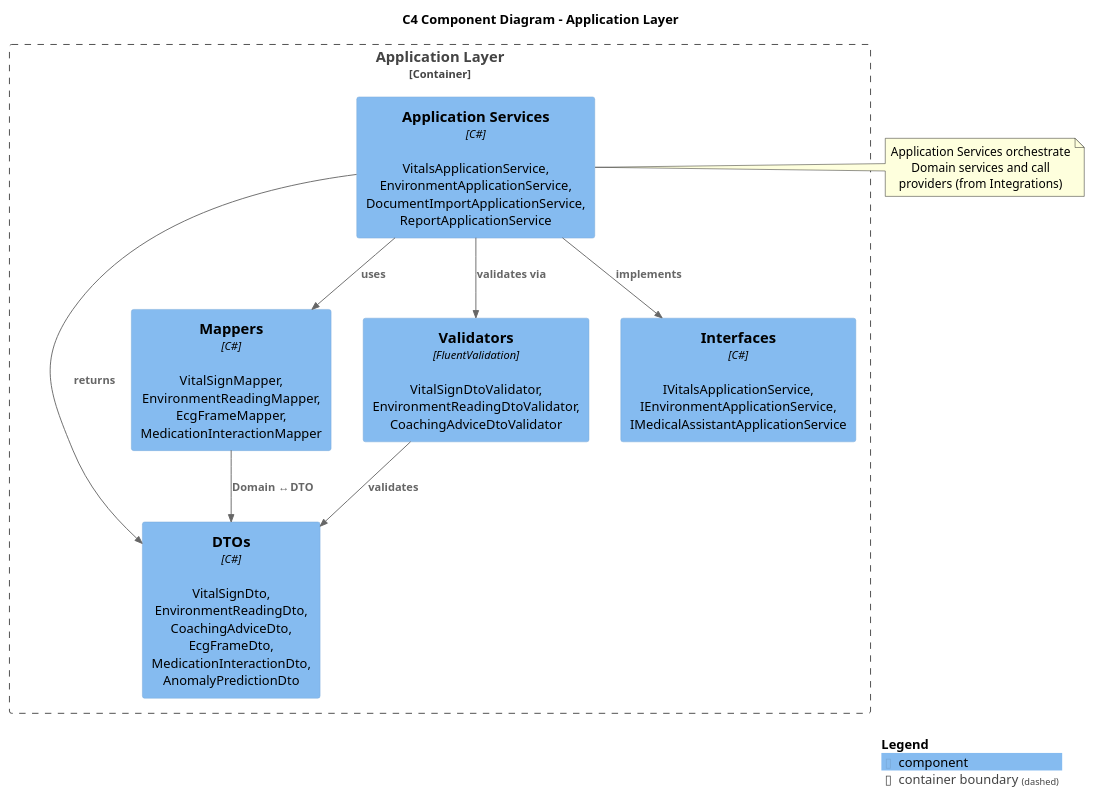
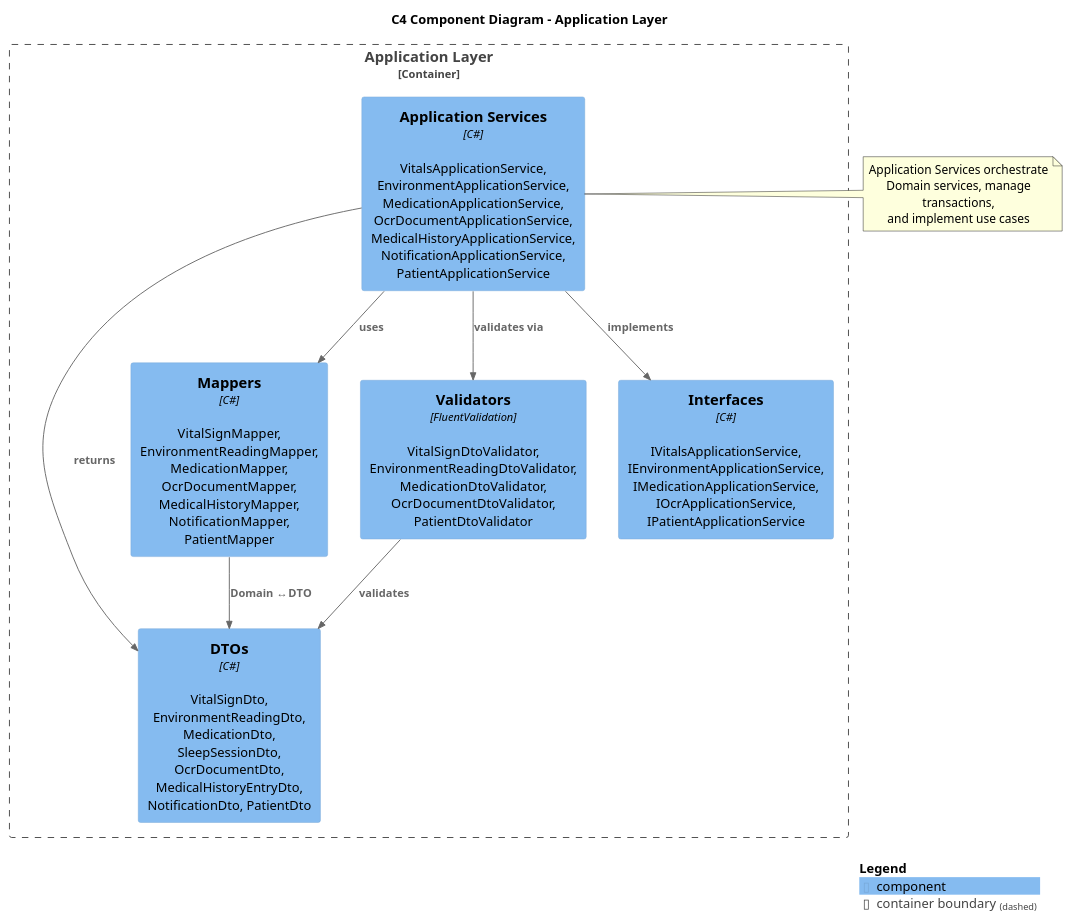
The diagram in diagrams/c4-application.puml (Theo3883/Digital-Twin), drawn with PlantUML before and after one commit. The commit also changed 3 other files, not shown here.

Commit message:
updated database schemas

```diff
--- a/diagrams/c4-application.puml
+++ b/diagrams/c4-application.puml
@@ -1,33 +1,32 @@
 @startuml IOS Health App - C4 Application Layer
 !include https://raw.githubusercontent.com/plantuml-stdlib/C4-PlantUML/master/C4_Component.puml
 
 title C4 Component Diagram - Application Layer
 
 Container_Boundary(application, "Application Layer") {
-    Component(dtos, "DTOs", "C#", "VitalSignDto, EnvironmentReadingDto, CoachingAdviceDto, EcgFrameDto, MedicationInteractionDto, AnomalyPredictionDto")
+    Component(dtos, "DTOs", "C#", "VitalSignDto, EnvironmentReadingDto, MedicationDto, SleepSessionDto, OcrDocumentDto, MedicalHistoryEntryDto, NotificationDto, PatientDto")
     
-    Component(mappers, "Mappers", "C#", "VitalSignMapper, EnvironmentReadingMapper, EcgFrameMapper, MedicationInteractionMapper")
+    Component(mappers, "Mappers", "C#", "VitalSignMapper, EnvironmentReadingMapper, MedicationMapper, OcrDocumentMapper, MedicalHistoryMapper, NotificationMapper, PatientMapper")
     
-    Component(validators, "Validators", "FluentValidation", "VitalSignDtoValidator, EnvironmentReadingDtoValidator, CoachingAdviceDtoValidator")
+    Component(validators, "Validators", "FluentValidation", "VitalSignDtoValidator, EnvironmentReadingDtoValidator, MedicationDtoValidator, OcrDocumentDtoValidator, PatientDtoValidator")
     
-    Component(app_services, "Application Services", "C#", "VitalsApplicationService, EnvironmentApplicationService, DocumentImportApplicationService, ReportApplicationService")
+    Component(app_services, "Application Services", "C#", "VitalsApplicationService, EnvironmentApplicationService, MedicationApplicationService, OcrDocumentApplicationService, MedicalHistoryApplicationService, NotificationApplicationService, PatientApplicationService")
     
-    Component(interfaces, "Interfaces", "C#", "IVitalsApplicationService, IEnvironmentApplicationService, IMedicalAssistantApplicationService")
+    Component(interfaces, "Interfaces", "C#", "IVitalsApplicationService, IEnvironmentApplicationService, IMedicationApplicationService, IOcrApplicationService, IPatientApplicationService")
 }
 
 Rel(app_services, dtos, "returns")
 Rel(app_services, mappers, "uses")
 Rel(app_services, validators, "validates via")
 Rel(mappers, dtos, "Domain ↔ DTO")
 Rel(validators, dtos, "validates")
-
 Rel(app_services, interfaces, "implements")
 
 note right of app_services
   Application Services orchestrate
-  Domain services and call
-  providers (from Integrations)
+  Domain services, manage transactions,
+  and implement use cases
 end note
 
 SHOW_LEGEND()
 @enduml
```
